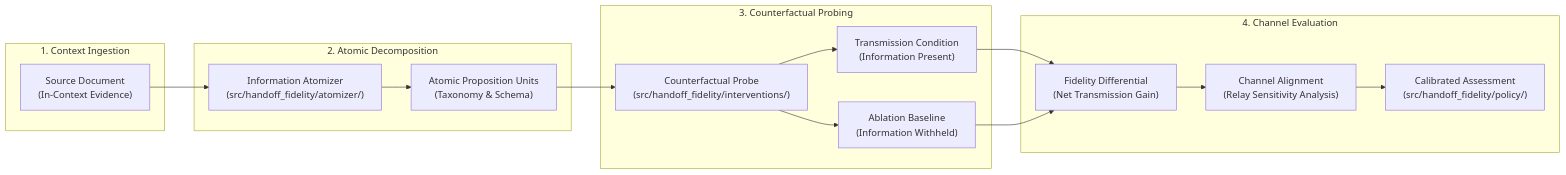
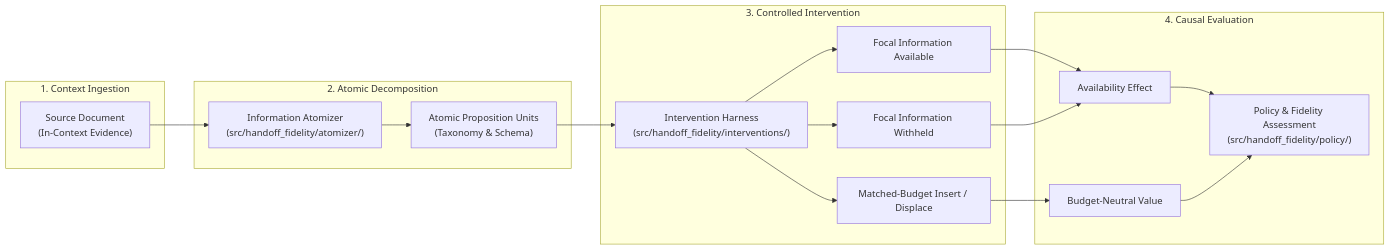
One commit to supratik-sarkar/transmission-vs-reconstruction changed the diagram in README.md. Above: the diagram before and after it, drawn with Mermaid. The commit also changed other lines of this file and 86 other files, not shown here.

````diff
--- a/README.md
+++ b/README.md
@@ -38,26 +78,29 @@
 ```mermaid
 flowchart LR
     subgraph Input["1. Context Ingestion"]
         DOC["Source Document\n(In-Context Evidence)"]
     end
 
     subgraph Atom["2. Atomic Decomposition"]
         ATOM["Information Atomizer\n(src/handoff_fidelity/atomizer/)"]
         UNITS["Atomic Proposition Units\n(Taxonomy & Schema)"]
     end
 
-    subgraph Intervene["3. Counterfactual Probing"]
-        PROBE["Counterfactual Probe\n(src/handoff_fidelity/interventions/)"]
-        PRES["Transmission Condition\n(Information Present)"]
-        ABL["Ablation Baseline\n(Information Withheld)"]
+    subgraph Intervene["3. Controlled Intervention"]
+        PROBE["Intervention Harness\n(src/handoff_fidelity/interventions/)"]
+        PRES["Focal Information Available"]
+        ABL["Focal Information Withheld"]
+        SWAP["Matched-Budget Insert / Displace"]
     end
 
-    subgraph Decomp["4. Channel Evaluation"]
-        DELTA["Fidelity Differential\n(Net Transmission Gain)"]
-        CHAN["Channel Alignment\n(Relay Sensitivity Analysis)"]
-        EVAL["Calibrated Assessment\n(src/handoff_fidelity/policy/)"]
+    subgraph Decomp["4. Causal Evaluation"]
+        AV["Availability Effect"]
+        BU["Budget-Neutral Value"]
+        EVAL["Policy & Fidelity Assessment\n(src/handoff_fidelity/policy/)"]
     end
 
     DOC --> ATOM --> UNITS --> PROBE
-    PROBE --> PRES & ABL --> DELTA --> CHAN --> EVAL
+    PROBE --> PRES & ABL --> AV
+    PROBE --> SWAP --> BU
+    AV & BU --> EVAL
 ```
````
